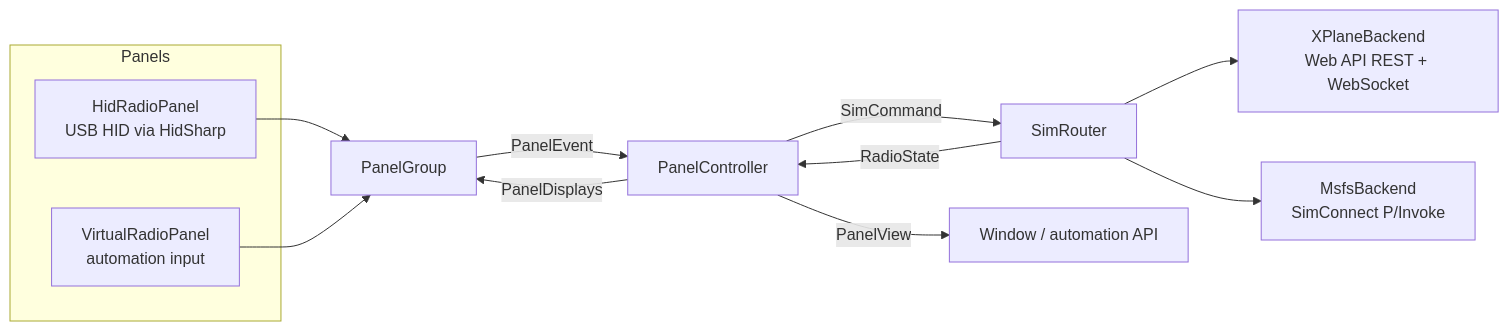
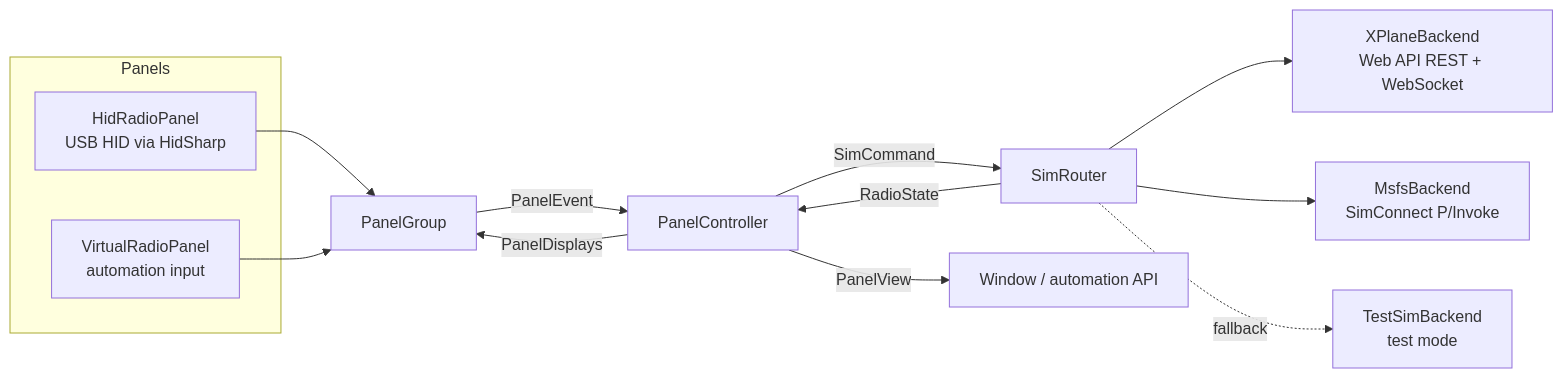
Before and after one commit to Tolya1/RadioBridge: the diagram in docs/architecture.md, drawn with Mermaid. The commit also changed other lines of this file and 3 other files, not shown here.

Commit message:
Document coexistence, test mode, the window and hardware tests

````diff
--- a/docs/architecture.md
+++ b/docs/architecture.md
@@ -8,15 +8,16 @@
 ```mermaid
 flowchart LR
     subgraph Panels
         HID[HidRadioPanel<br/>USB HID via HidSharp]
         VP[VirtualRadioPanel<br/>automation input]
     end
     HID & VP --> G[PanelGroup]
     G -- PanelEvent --> C[PanelController]
     C -- PanelDisplays --> G
     C -- SimCommand --> R[SimRouter]
     R -- RadioState --> C
     R --> X[XPlaneBackend<br/>Web API REST + WebSocket]
     R --> M[MsfsBackend<br/>SimConnect P/Invoke]
+    R -. fallback .-> T[TestSimBackend<br/>test mode]
     C -- PanelView --> UI[Window / automation API]
 ```
````
